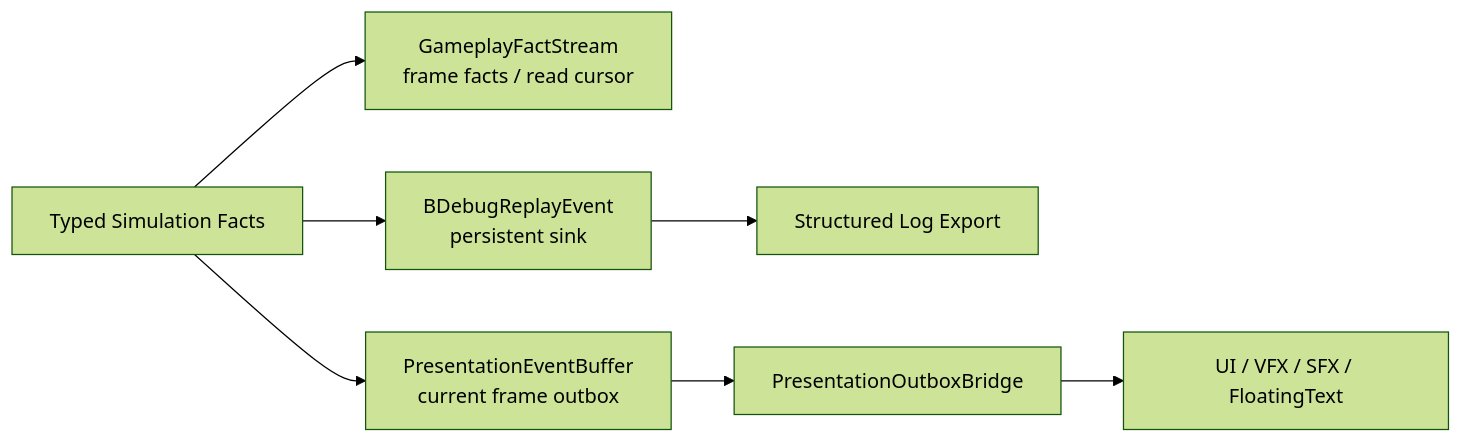
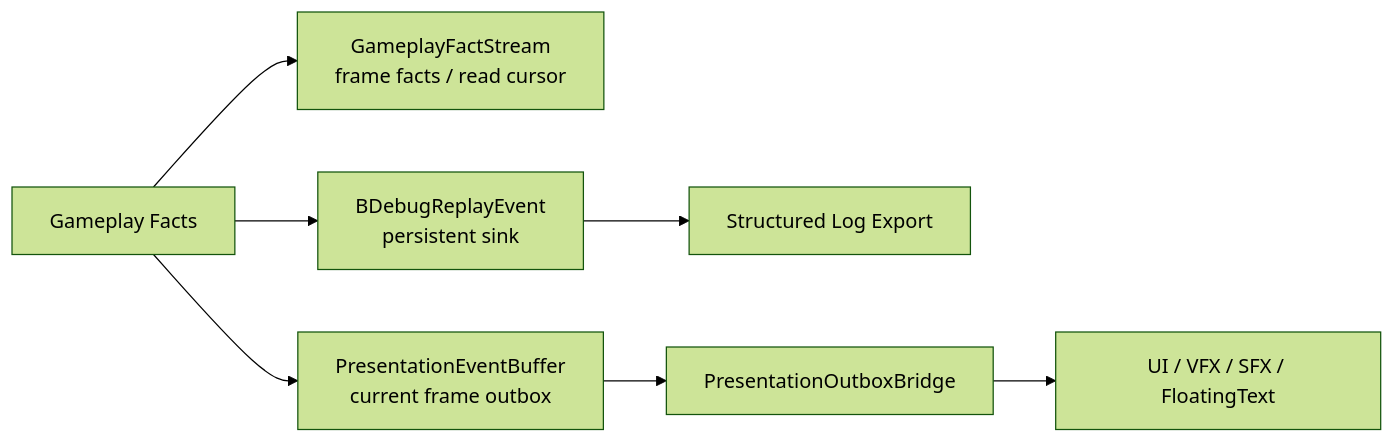
The diagram in 方案讨论/针对2.0的ECS架构的迭代方案讨论/01-目标态架构共识/06-Observation-Presentation-ReplaySpec.md (Bo-ki/gameplay-ability-system-for-unity), drawn with Mermaid (forest theme) before and after one commit. The commit also changed 455 other files, not shown here.

````diff
--- a/方案讨论/针对2.0的ECS架构的迭代方案讨论/01-目标态架构共识/06-Observation-Presentation-ReplaySpec.md
+++ b/方案讨论/针对2.0的ECS架构的迭代方案讨论/01-目标态架构共识/06-Observation-Presentation-ReplaySpec.md
@@ -9,9 +9,9 @@
 ```mermaid
 flowchart LR
-    TypedFacts["Typed Simulation Facts"] --> FactStream["GameplayFactStream\nframe facts / read cursor"]
-    TypedFacts --> Presentation["PresentationEventBuffer\ncurrent frame outbox"]
-    TypedFacts --> Replay["BDebugReplayEvent\npersistent sink"]
+    GameplayFacts["Gameplay Facts"] --> FactStream["GameplayFactStream\nframe facts / read cursor"]
+    GameplayFacts --> Presentation["PresentationEventBuffer\ncurrent frame outbox"]
+    GameplayFacts --> Replay["BDebugReplayEvent\npersistent sink"]
     Replay --> StructuredLog["Structured Log Export"]
     Presentation --> Bridge["PresentationOutboxBridge"]
     Bridge --> UI["UI / VFX / SFX / FloatingText"]
 ```
````
